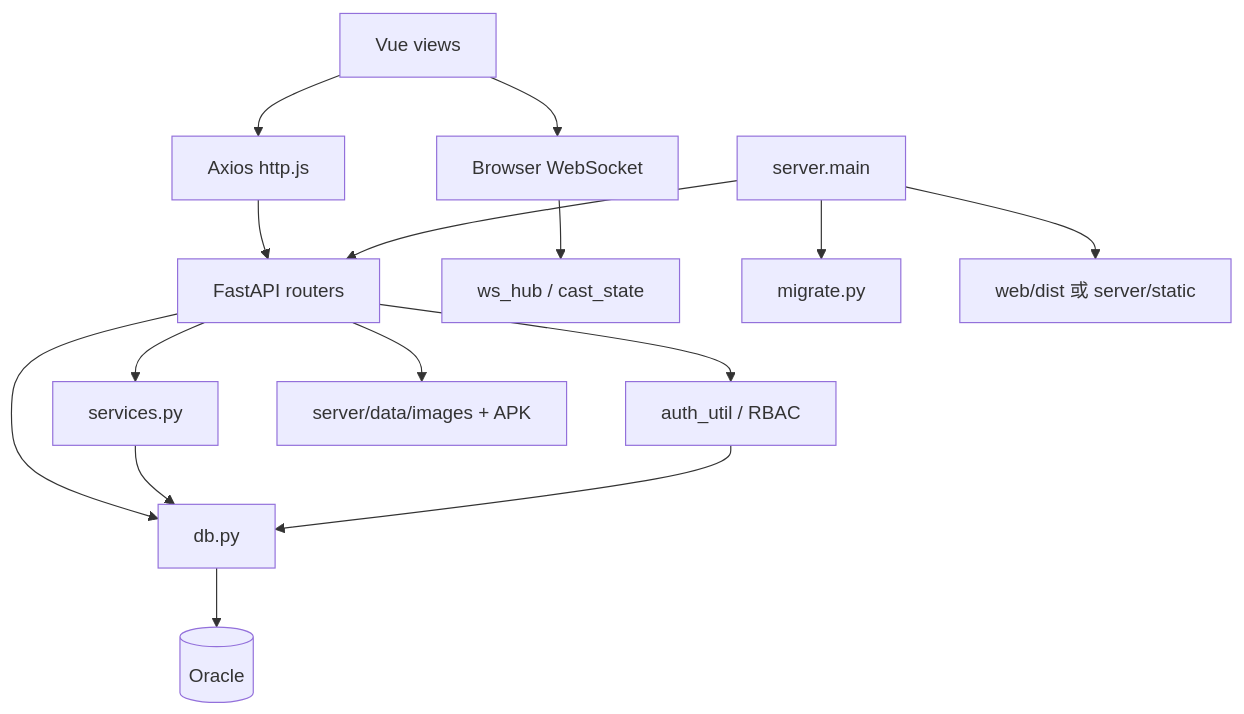
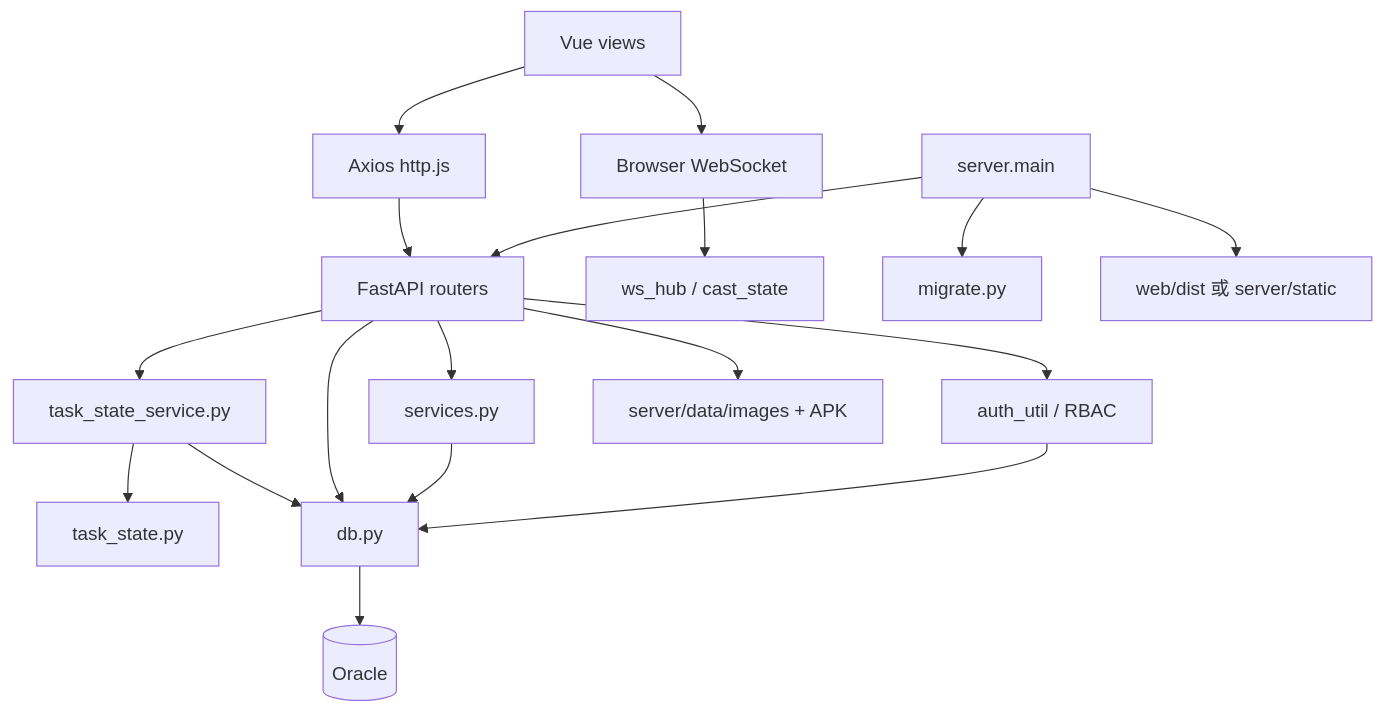
One commit to sunmings1310/PDD_con_data changed the third of 5 diagrams in docs/architecture.md. Above: the diagram before and after it, drawn with Mermaid. The commit also changed other lines of this file and 24 other files, not shown here.

````diff
--- a/docs/architecture.md
+++ b/docs/architecture.md
@@ -59,17 +59,20 @@
 ```mermaid
 flowchart TD
     Vue["Vue views"] --> Http["Axios http.js"]
     Vue --> WS["Browser WebSocket"]
     Http --> Routers["FastAPI routers"]
     WS --> Hub["ws_hub / cast_state"]
     Routers --> Auth["auth_util / RBAC"]
     Routers --> Services["services.py"]
+    Routers --> TaskState["task_state_service.py"]
+    TaskState --> StateRules["task_state.py"]
+    TaskState --> DB
     Routers --> DB["db.py"]
     Services --> DB
     Auth --> DB
     DB --> Oracle[("Oracle")]
     Routers --> Media["server/data/images + APK"]
     Main["server.main"] --> Routers
     Main --> Migrate["migrate.py"]
     Main --> Static["web/dist 或 server/static"]
 ```
````
